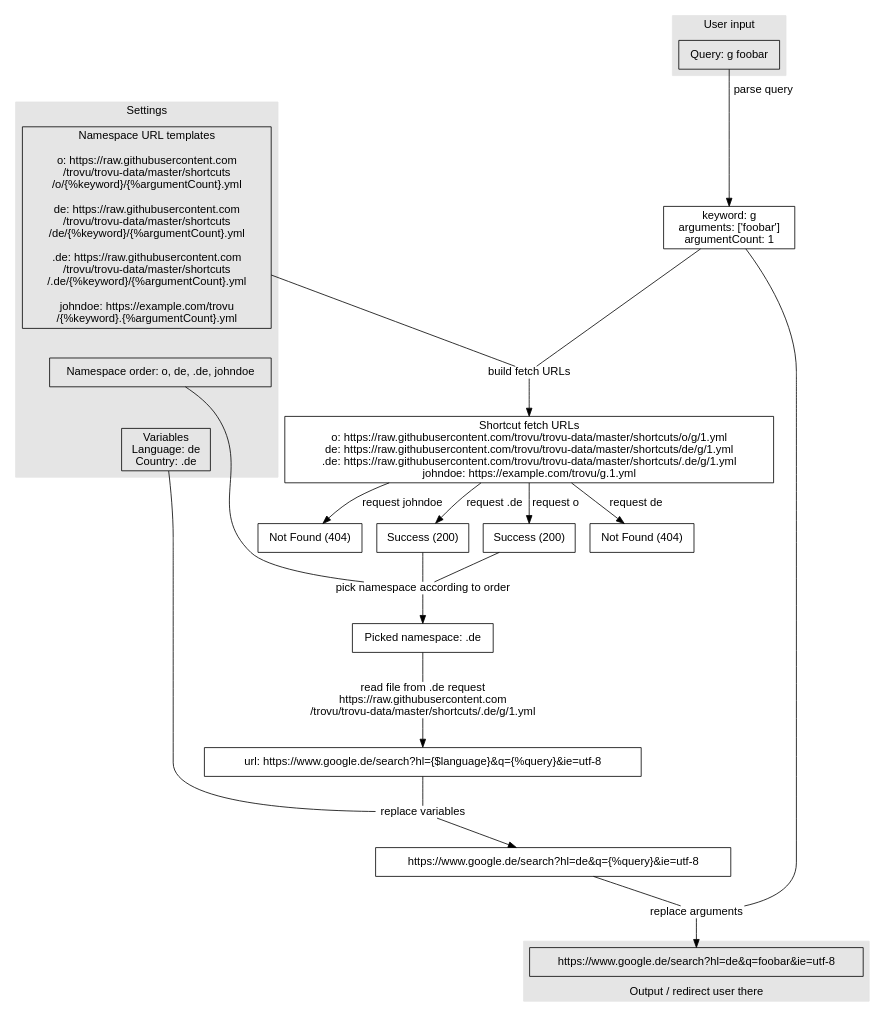
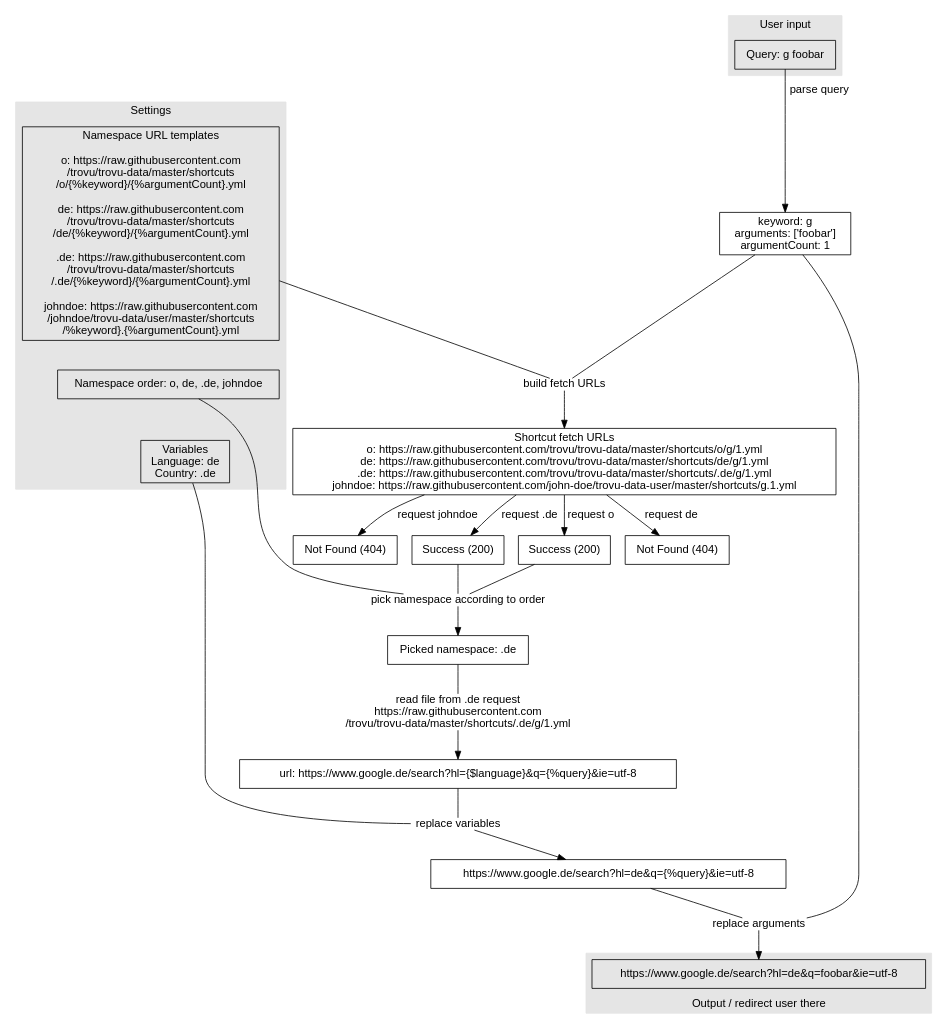
One commit to trovu/trovu.github.io changed the diagram in img/process.advanced.dot. Above: the diagram before and after it, drawn with Graphviz.

Commit message:
Adjust URLs.

```diff
--- a/img/process.advanced.dot
+++ b/img/process.advanced.dot
@@ -1,92 +1,93 @@
 digraph {
 
   node [shape="rectangle"]
   graph [fontname = "helvetica"];
   node [fontname = "helvetica"];
   edge [fontname = "helvetica"];
 
   subgraph cluster_input {
     label="User input";
     style=filled;
     color=gray90;
     query [label="Query: g foobar"];
   }
   subgraph cluster_settings {
     label="Settings";
     style=filled;
     color=gray90;
     namespaceUrlTemplates -> namespaceOrder [style="invis"];
     namespaceOrder ->  variables [style="invis"];
     variables [label="Variables\nLanguage: de\nCountry: .de"]
     namespaceOrder [label="Namespace order: o, de, .de, johndoe"];
     namespaceUrlTemplates [label="Namespace URL templates
 
 o: https://raw.githubusercontent.com
 /trovu/trovu-data/master/shortcuts
 /o/{%keyword}/{%argumentCount}.yml
 
 de: https://raw.githubusercontent.com
 /trovu/trovu-data/master/shortcuts
 /de/{%keyword}/{%argumentCount}.yml
 
 .de: https://raw.githubusercontent.com
 /trovu/trovu-data/master/shortcuts
 /.de/{%keyword}/{%argumentCount}.yml
 
-johndoe: https://example.com/trovu
-/{%keyword}.{%argumentCount}.yml
+johndoe: https://raw.githubusercontent.com
+/johndoe/trovu-data/user/master/shortcuts
+/%keyword}.{%argumentCount}.yml
 "];
   }
   subgraph cluster_output {
     label="Output / redirect user there";
     labelloc=b;
     style=filled;
     color=gray90;
     redirectUrlReplacedArguments[label="https://www.google.de/search?hl=de&q=foobar&ie=utf-8"]
   }
 
   parsedQuery [label="keyword: g\narguments: ['foobar']\nargumentCount: 1"];
   shortcutFetchUrls [label="Shortcut fetch URLs
 o: https://raw.githubusercontent.com/trovu/trovu-data/master/shortcuts/o/g/1.yml
 de: https://raw.githubusercontent.com/trovu/trovu-data/master/shortcuts/de/g/1.yml
 .de: https://raw.githubusercontent.com/trovu/trovu-data/master/shortcuts/.de/g/1.yml
-johndoe: https://example.com/trovu/g.1.yml
+johndoe: https://raw.githubusercontent.com/john-doe/trovu-data-user/master/shortcuts/g.1.yml
 "];
 
   responseO [label="Success (200)"];
   responseDe [label="Not Found (404)"];
   responseDotDe [label="Success (200)"];
   responseJohnDoe [label="Not Found (404)"];
   redirectUrlDotDe [label="url: https://www.google.de/search?hl={$language}&q={%query}&ie=utf-8"];
   query->parsedQuery [label="parse query"];
   parsedQuery -> buildFetchUrls[arrowhead="none"];
   namespaceUrlTemplates -> buildFetchUrls[arrowhead="none"];
  
   buildFetchUrls [label="build fetch URLs" shape="none" margin=0 width=0 height=0]; 
 
   buildFetchUrls -> shortcutFetchUrls;
   shortcutFetchUrls -> responseO [label="request o"];
   shortcutFetchUrls -> responseDe [label="request de"];
   shortcutFetchUrls -> responseDotDe [label="request .de"];
   shortcutFetchUrls -> responseJohnDoe [label="request johndoe"];
   responseO -> pickNamespace[arrowhead="none"];
   responseDotDe -> pickNamespace[arrowhead="none"];
   namespaceOrder -> pickNamespace [arrowhead="none"];
 
   pickNamespace [label="pick namespace according to order" shape="none" margin=0 width=0 height=0];
   pickNamespace -> pickedNamespace;
   pickedNamespace [label="Picked namespace: .de"]
   pickedNamespace -> readFile [arrowhead="none"];
   readFile [label="read file from .de request\nhttps://raw.githubusercontent.com
 /trovu/trovu-data/master/shortcuts/.de/g/1.yml" shape="none" margin=0 width=0 height=0];
   readFile -> redirectUrlDotDe; 
   redirectUrlReplacedVariables[label="https://www.google.de/search?hl=de&q={%query}&ie=utf-8"]
   redirectUrlDotDe -> replaceVariables [arrowhead="none"];
   variables -> replaceVariables [arrowhead="none"];
   replaceVariables [label="replace variables" shape="none" margin=0 width=0 height=0];
   replaceVariables -> redirectUrlReplacedVariables;
   replaceArguments [label="replace arguments" shape="none" margin=0 width=0 height=0];
   redirectUrlReplacedVariables -> replaceArguments [arrowhead="none"];
   parsedQuery -> replaceArguments [arrowhead="none"];
   replaceArguments -> redirectUrlReplacedArguments;
 }
```
